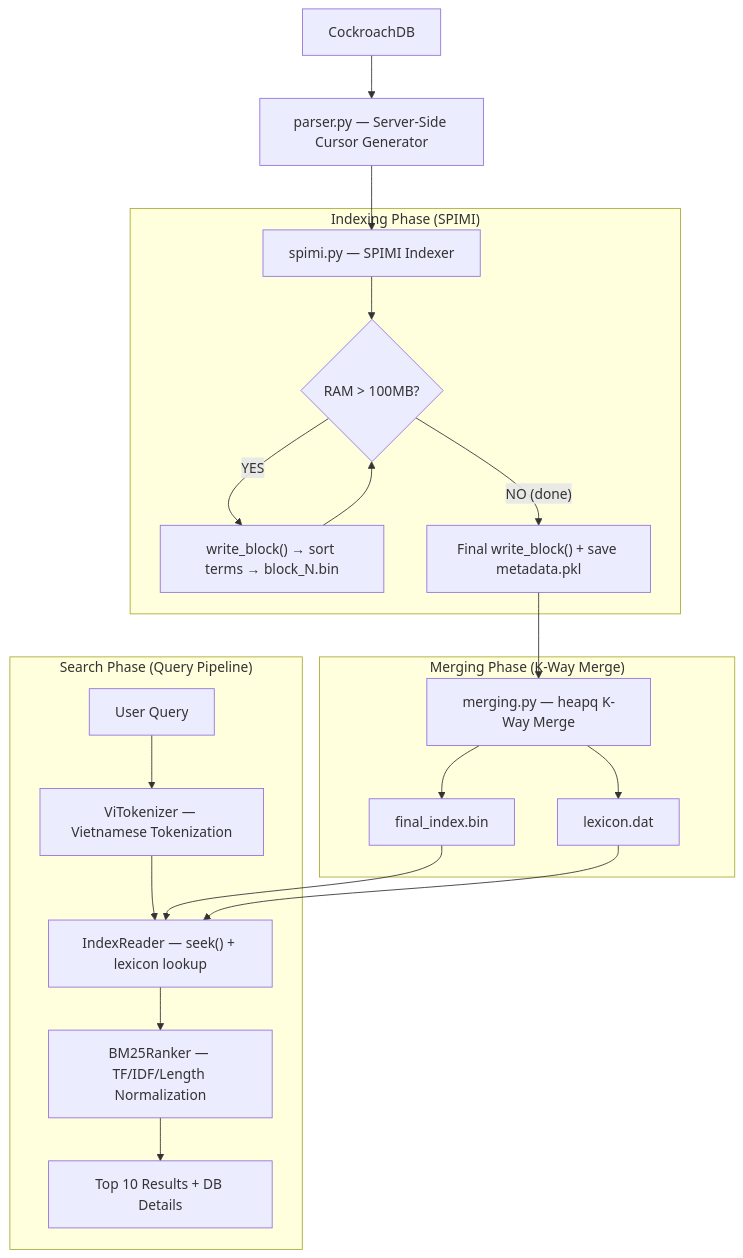
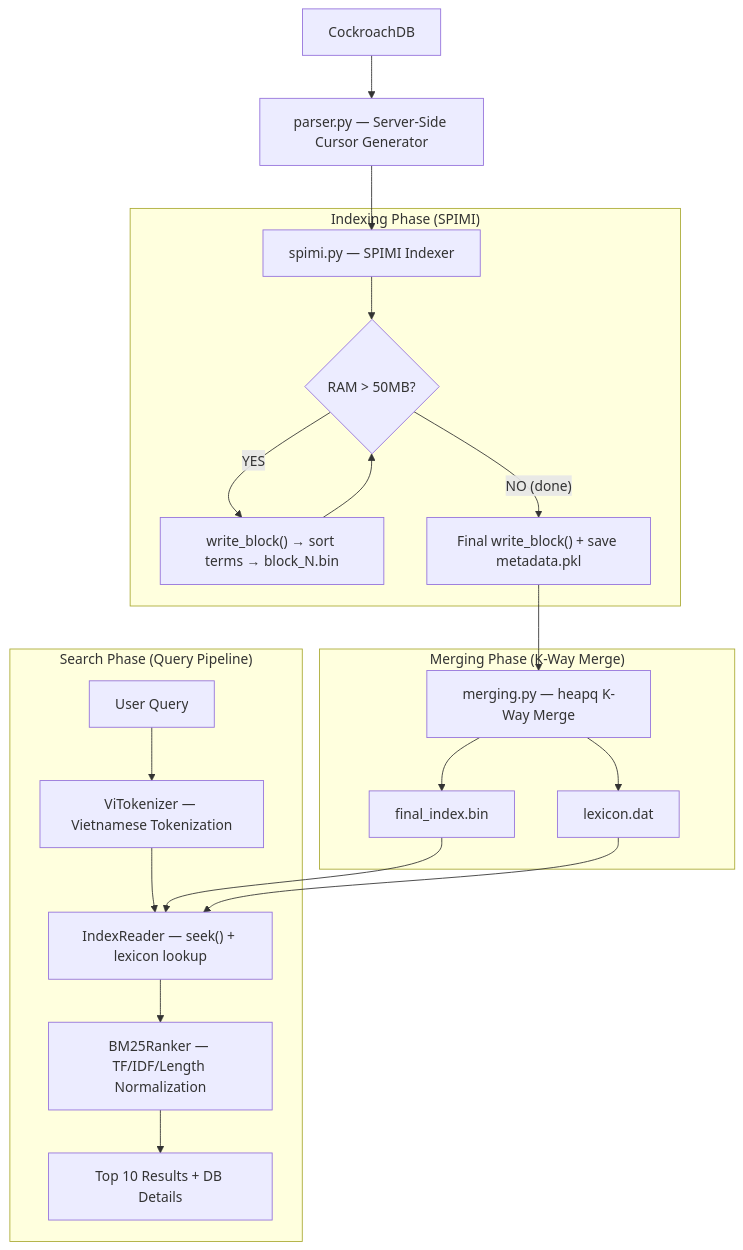
Before and after one commit to nhatlong28/SEG301: the diagram in reports/REPORT_MILESTONE_2.md, drawn with Mermaid. The commit also changed other lines of this file and 2 other files, not shown here.

Commit message:
fix(spimi): replace sys.getsizeof with incremental size tracking; reduce block limit to 50MB
- Replace sys.getsizeof(self.dictionary) with _estimated_size counter
- Reduce default block_size_limit_mb from 100 to 50
- Update REPORT_MILESTONE_2.md diagram and table to reflect 50MB limit

````diff
--- a/reports/REPORT_MILESTONE_2.md
+++ b/reports/REPORT_MILESTONE_2.md
@@ -23,27 +23,27 @@
 ```mermaid
 graph TD
     A["CockroachDB"] --> B["parser.py — Server-Side Cursor Generator"]
     B --> C["spimi.py — SPIMI Indexer"]
 
     subgraph "Indexing Phase (SPIMI)"
-        C --> D{"RAM > 100MB?"}
+        C --> D{"RAM > 50MB?"}
         D -- "YES" --> E["write_block() → sort terms → block_N.bin"]
         E --> D
         D -- "NO (done)" --> F["Final write_block() + save metadata.pkl"]
     end
 
     subgraph "Merging Phase (K-Way Merge)"
         F --> G["merging.py — heapq K-Way Merge"]
         G --> H["final_index.bin"]
         G --> I["lexicon.dat"]
     end
 
     subgraph "Search Phase (Query Pipeline)"
         J["User Query"] --> K["ViTokenizer — Vietnamese Tokenization"]
         K --> L["IndexReader — seek() + lexicon lookup"]
         L --> M["BM25Ranker — TF/IDF/Length Normalization"]
         M --> N["Top 10 Results + DB Details"]
     end
 
     H & I --> L
 ```
````
